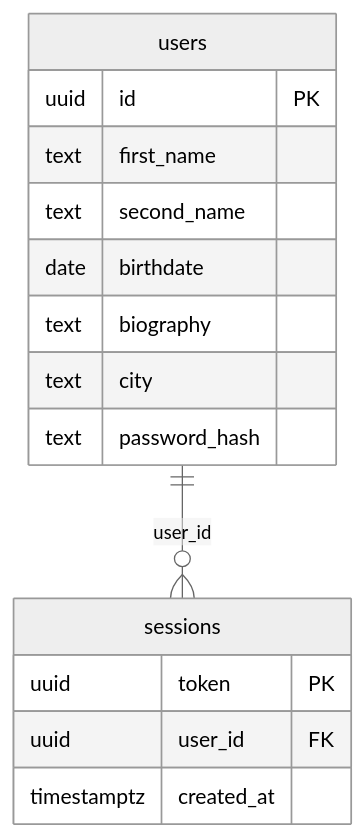
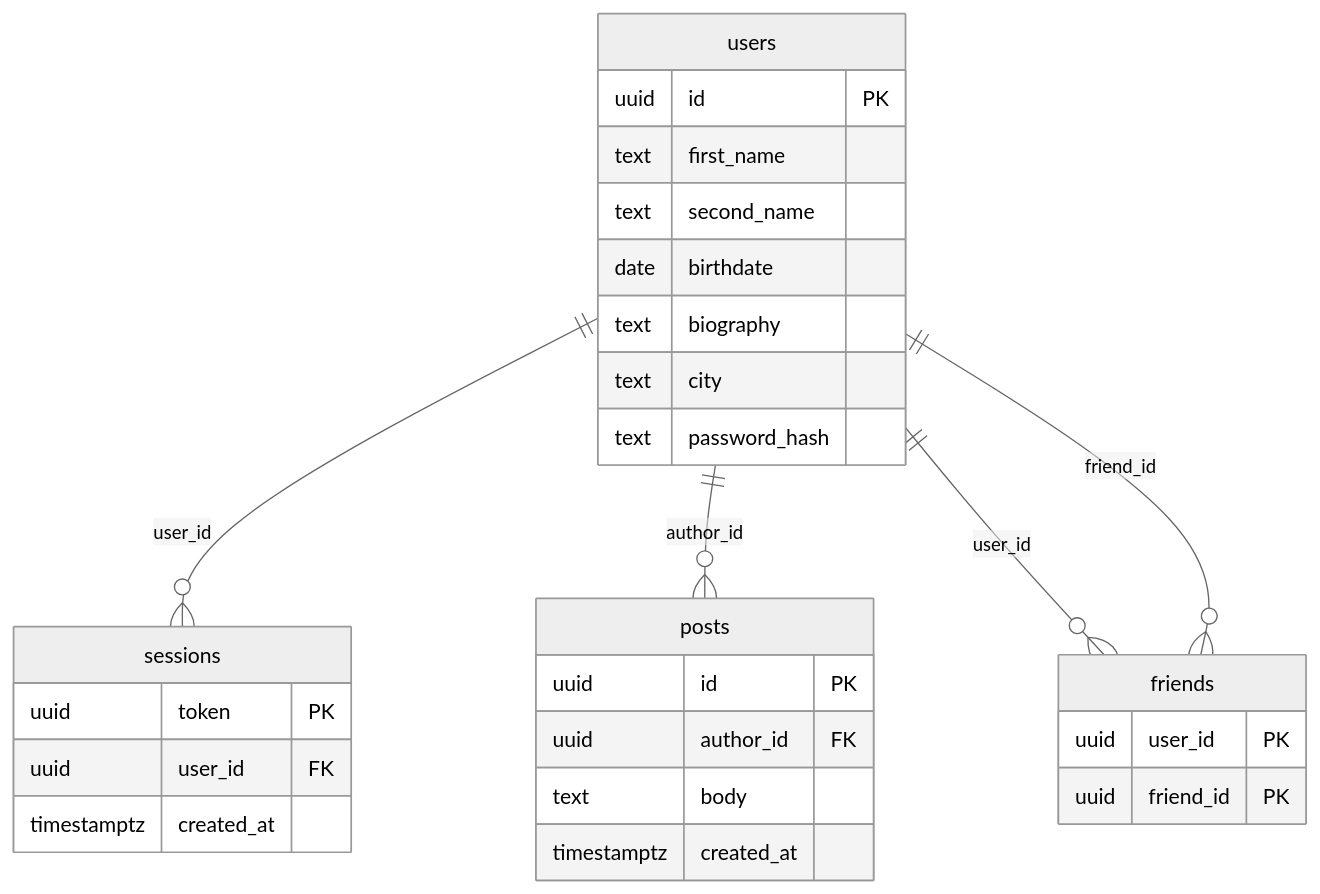
The first of 2 diagrams in README.md (dloshkarev/highloadarchitect), drawn with Mermaid (neutral theme) before and after one commit. The commit also changed other lines of this file and 66 other files, not shown here.

````diff
--- a/README.md
+++ b/README.md
@@ -3,18 +3,31 @@
 ```mermaid
 erDiagram
     users ||--o{ sessions : "user_id"
+    users ||--o{ posts : "author_id"
+    users ||--o{ friends : "user_id"
+    users ||--o{ friends : "friend_id"
     users {
         uuid id PK
         text first_name
         text second_name
         date birthdate
         text biography
         text city
         text password_hash
     }
     sessions {
         uuid token PK
         uuid user_id FK
         timestamptz created_at
     }
+    posts {
+        uuid id PK
+        uuid author_id FK
+        text body
+        timestamptz created_at
+    }
+    friends {
+        uuid user_id PK
+        uuid friend_id PK
+    }
 ```
````
